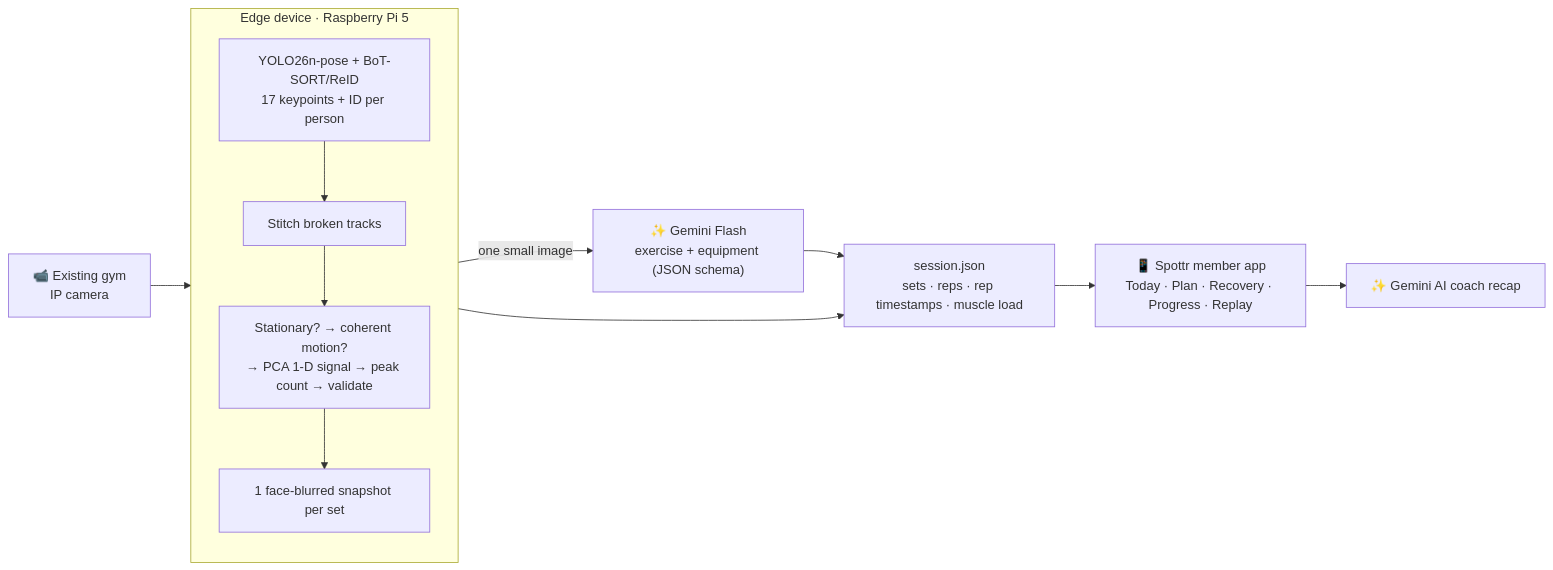
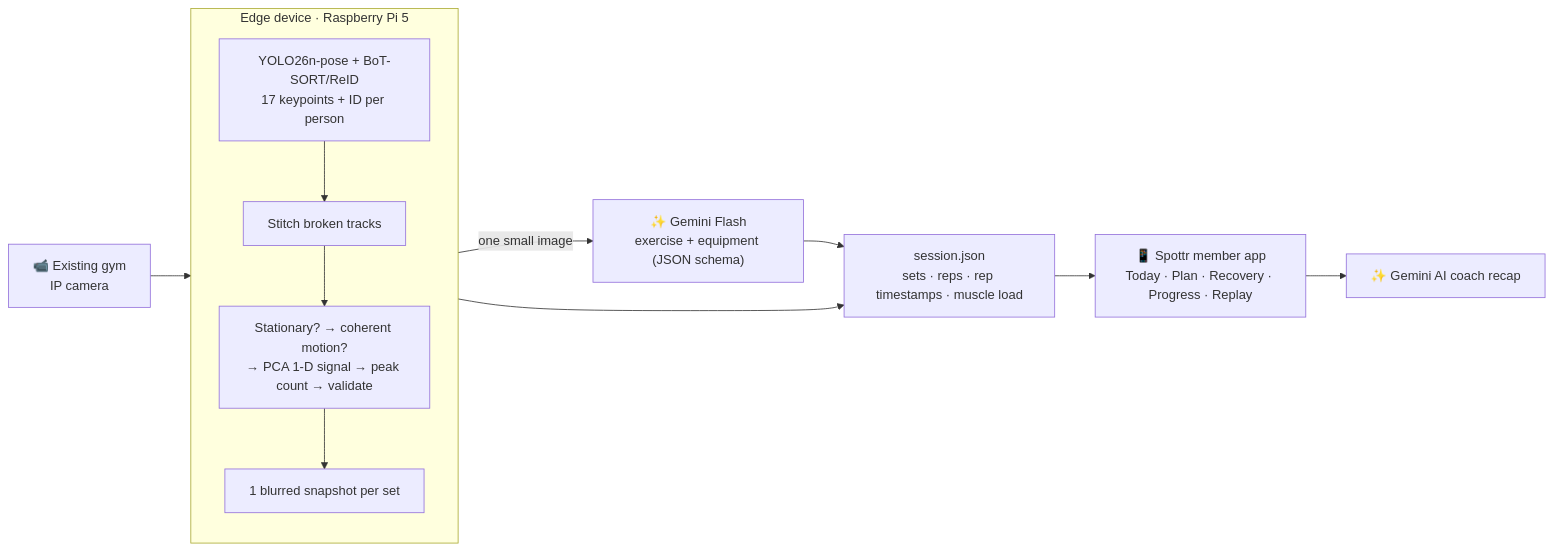
The diagram in README.md (felixmlgl/spottr), drawn with Mermaid before and after one commit. The commit also changed other lines of this file and 65 other files, not shown here.

````diff
--- a/README.md
+++ b/README.md
@@ -113,15 +113,15 @@
 ```mermaid
 flowchart LR
     CAM["📹 Existing gym<br/>IP camera"] --> EDGE
     subgraph EDGE["Edge device · Raspberry Pi 5"]
         direction TB
         POSE["YOLO26n-pose + BoT-SORT/ReID<br/>17 keypoints + ID per person"] --> STITCH["Stitch broken tracks"]
         STITCH --> REPS["Stationary? → coherent motion?<br/>→ PCA 1-D signal → peak count → validate"]
-        REPS --> SNAP["1 face-blurred snapshot per set"]
+        REPS --> SNAP["1 blurred snapshot per set"]
     end
     SNAP -->|"one small image"| GEM["✨ Gemini Flash<br/>exercise + equipment (JSON schema)"]
     GEM --> JSON["session.json<br/>sets · reps · rep timestamps · muscle load"]
     REPS --> JSON
     JSON --> APP["📱 Spottr member app<br/>Today · Plan · Recovery · Progress · Replay"]
     APP --> RECAP["✨ Gemini AI coach recap"]
 ```
````
